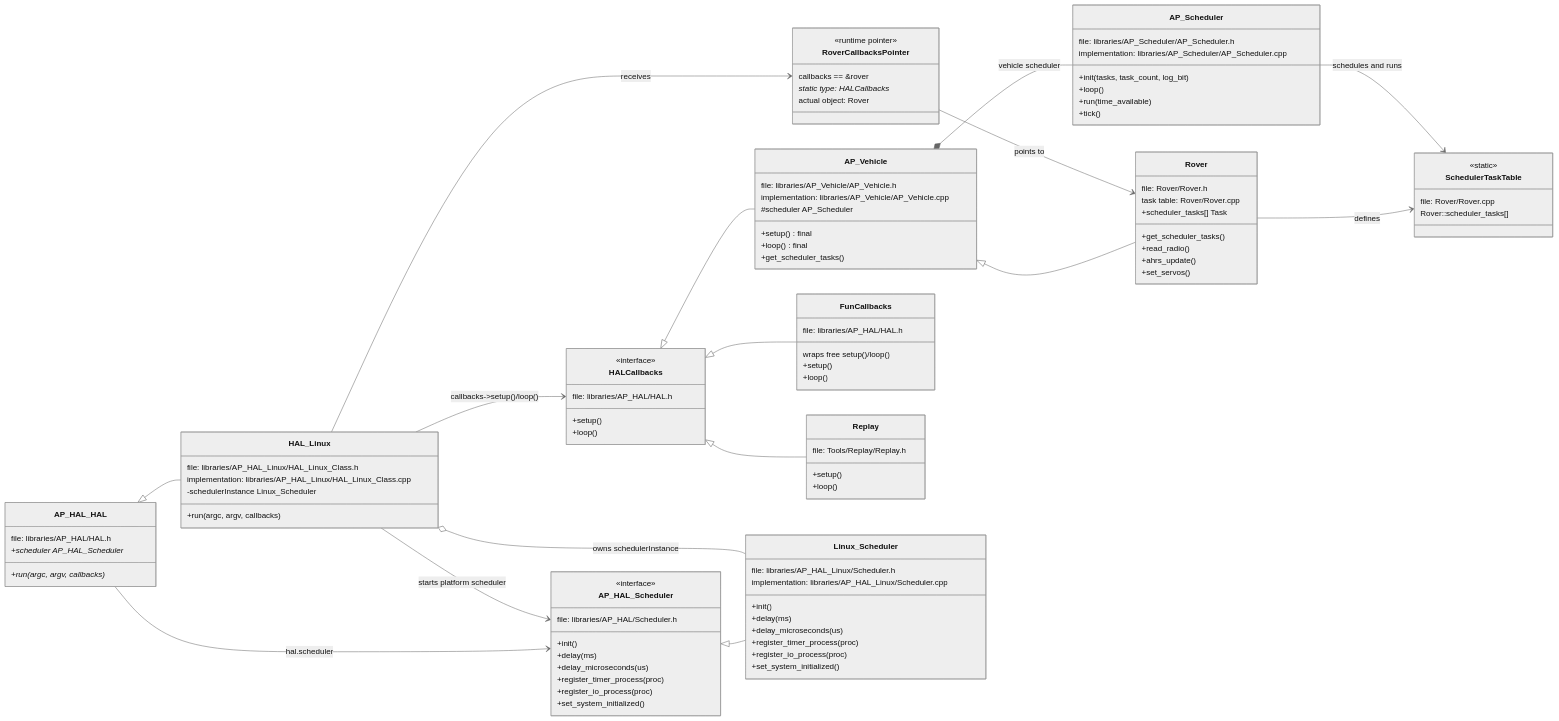
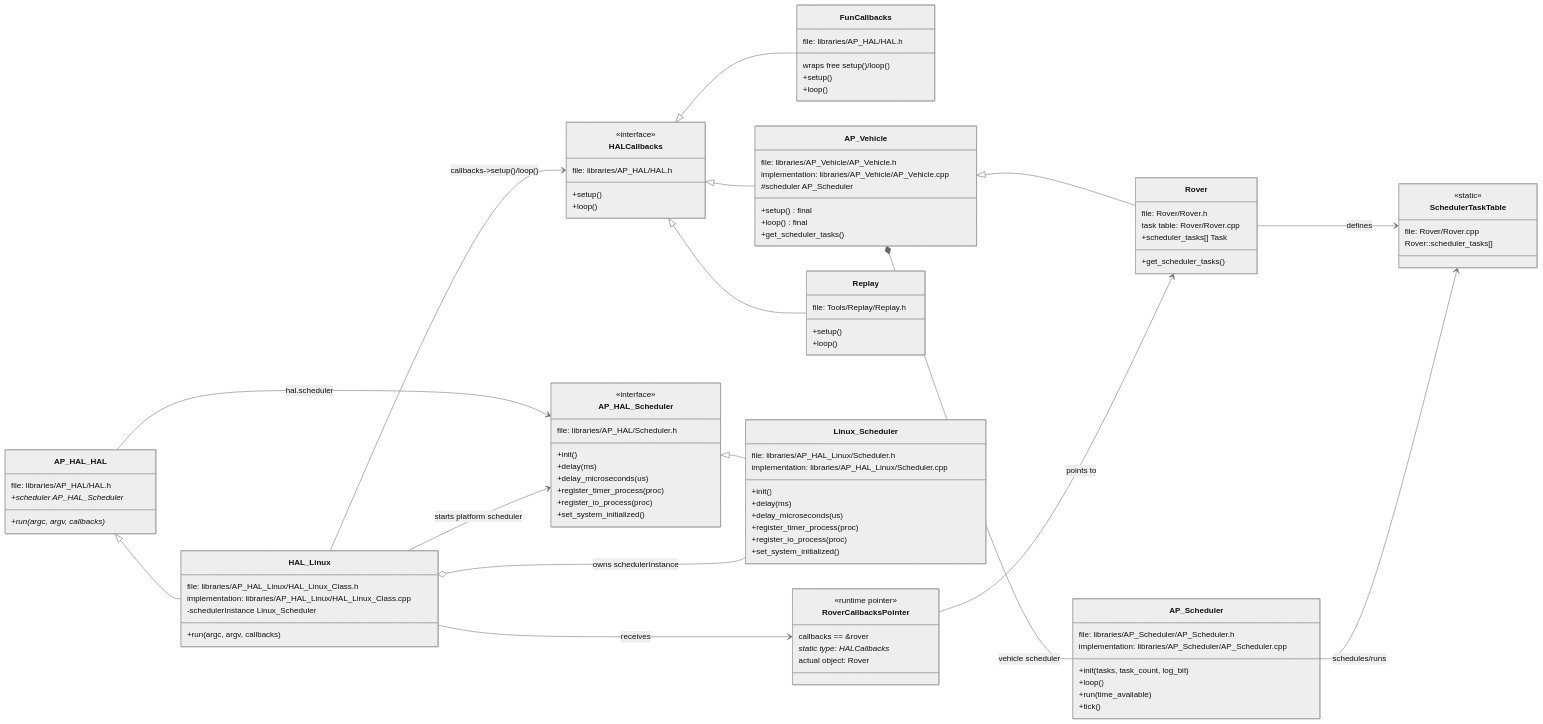
The diagram in Rover_to_Linux_Scheduler.md (hui2008/drone), drawn with Mermaid (neutral theme) before and after one commit. The commit also changed other lines of this file and 1 other file, not shown here.

```diff
--- a/Rover_to_Linux_Scheduler.md
+++ b/Rover_to_Linux_Scheduler.md
@@ -750,6 +766,13 @@
     class HALCallbacks {
         <<interface>>
         file: libraries/AP_HAL/HAL.h
+        +setup()
+        +loop()
+    }
+
+    class FunCallbacks {
+        file: libraries/AP_HAL/HAL.h
+        wraps free setup()/loop()
         +setup()
         +loop()
     }
@@ -768,9 +791,12 @@
         task table: Rover/Rover.cpp
         +scheduler_tasks[] Task
         +get_scheduler_tasks()
-        +read_radio()
-        +ahrs_update()
-        +set_servos()
+    }
+
+    class Replay {
+        file: Tools/Replay/Replay.h
+        +setup()
+        +loop()
     }
 
     class AP_HAL_HAL {
@@ -784,26 +810,6 @@
         implementation: libraries/AP_HAL_Linux/HAL_Linux_Class.cpp
         -schedulerInstance Linux_Scheduler
         +run(argc, argv, callbacks)
-    }
-
-    class RoverCallbacksPointer {
-        <<runtime pointer>>
-        callbacks == &rover
-        static type: HALCallbacks*
-        actual object: Rover
-    }
-
-    class FunCallbacks {
-        file: libraries/AP_HAL/HAL.h
-        wraps free setup()/loop()
-        +setup()
-        +loop()
-    }
-
-    class Replay {
-        file: Tools/Replay/Replay.h
-        +setup()
-        +loop()
     }
 
     class AP_HAL_Scheduler {
@@ -843,8 +849,15 @@
         Rover::scheduler_tasks[]
     }
 
+    class RoverCallbacksPointer {
+        <<runtime pointer>>
+        callbacks == &rover
+        static type: HALCallbacks*
+        actual object: Rover
+    }
+
+    HALCallbacks <|-- FunCallbacks
     HALCallbacks <|-- AP_Vehicle
-    HALCallbacks <|-- FunCallbacks
     HALCallbacks <|-- Replay
     AP_Vehicle <|-- Rover
 
@@ -856,7 +869,7 @@
 
     AP_Vehicle *-- AP_Scheduler : vehicle scheduler
     Rover --> SchedulerTaskTable : defines
-    AP_Scheduler --> SchedulerTaskTable : schedules and runs
+    AP_Scheduler --> SchedulerTaskTable : schedules/runs
 
     HAL_Linux --> HALCallbacks : callbacks->setup()/loop()
     HAL_Linux --> RoverCallbacksPointer : receives
```
